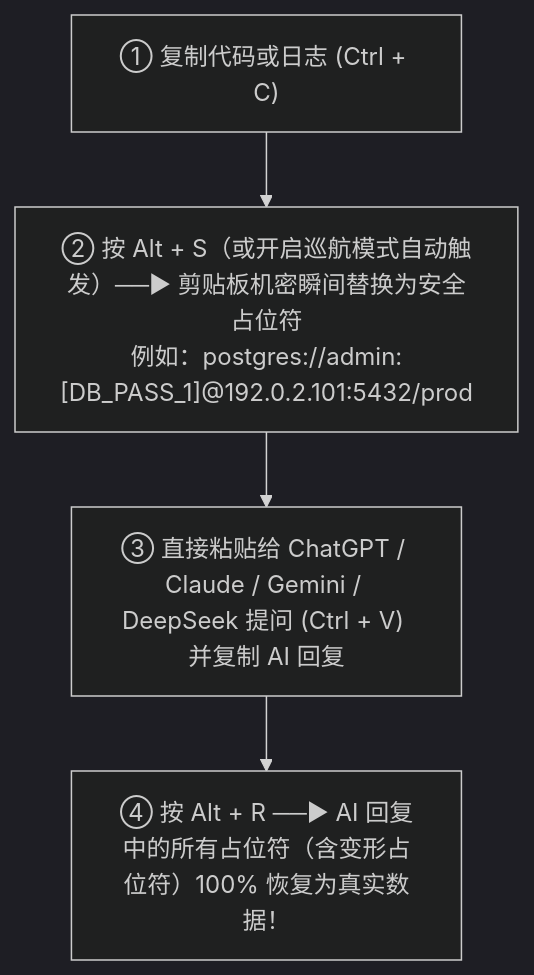
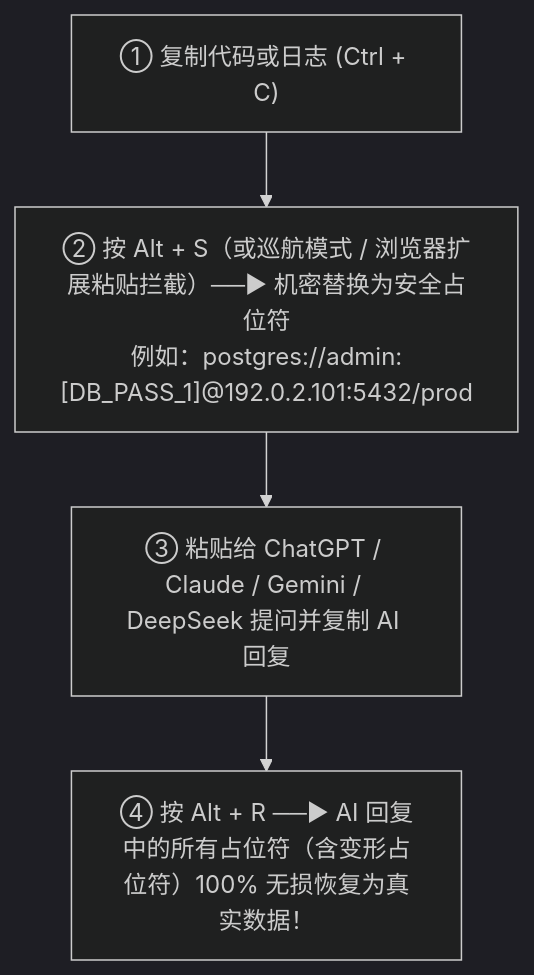
One commit to HsooiDev/ai-privacy-sanitizer changed the diagram in README.zh-CN.md. Above: the diagram before and after it, drawn with Mermaid (dark theme). The commit also changed other lines of this file and 26 other files, not shown here.

````diff
--- a/README.zh-CN.md
+++ b/README.zh-CN.md
@@ -65,6 +61,6 @@
 ```mermaid
 flowchart TD
-    A["① 复制代码或日志 (Ctrl + C)"] --> B["② 按 Alt + S（或开启巡航模式自动触发）──► 剪贴板机密瞬间替换为安全占位符<br/>例如：postgres://admin:[DB_PASS_1]@192.0.2.101:5432/prod"]
-    B --> C["③ 直接粘贴给 ChatGPT / Claude / Gemini / DeepSeek 提问 (Ctrl + V) 并复制 AI 回复"]
-    C --> D["④ 按 Alt + R ──► AI 回复中的所有占位符（含变形占位符）100% 恢复为真实数据！"]
+    A["① 复制代码或日志 (Ctrl + C)"] --> B["② 按 Alt + S（或巡航模式 / 浏览器扩展粘贴拦截）──► 机密替换为安全占位符<br/>例如：postgres://admin:[DB_PASS_1]@192.0.2.101:5432/prod"]
+    B --> C["③ 粘贴给 ChatGPT / Claude / Gemini / DeepSeek 提问并复制 AI 回复"]
+    C --> D["④ 按 Alt + R ──► AI 回复中的所有占位符（含变形占位符）100% 无损恢复为真实数据！"]
 ```
````
